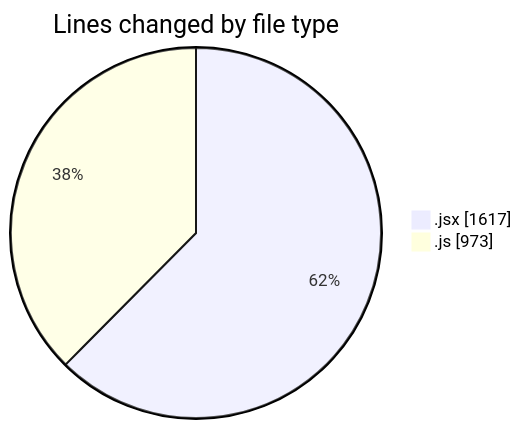
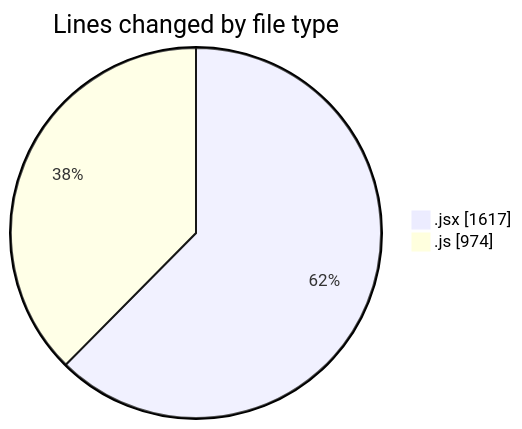
The first of 2 diagrams in 2025-06-04/nxtqube_webapp/README.md (nxtqubesakshisongat/code-tracking), drawn with Mermaid before and after one commit. The commit also changed other lines of this file and 1 other file, not shown here.

````diff
--- a/2025-06-04/nxtqube_webapp/README.md
+++ b/2025-06-04/nxtqube_webapp/README.md
@@ -24,6 +24,6 @@
 ```mermaid
 pie showData
 title Lines changed by file type
 ".jsx" : 1617
-".js" : 973
+".js" : 974
 ```
````
